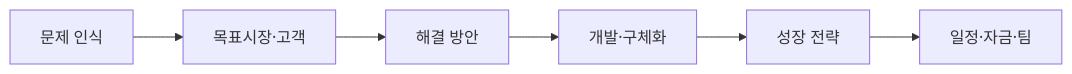
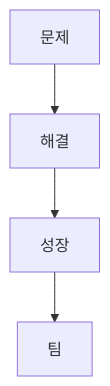
The diagram in ComputerScience/03_ai-ml-data/ai-system-design/notes/04. 팀 설계와 설계 계획서.md (umyunsang/edu), drawn with Mermaid before and after one commit. The commit also changed other lines of this file and 5 other files, not shown here.

````diff
--- a/ComputerScience/03_ai-ml-data/ai-system-design/notes/04. 팀 설계와 설계 계획서.md
+++ b/ComputerScience/03_ai-ml-data/ai-system-design/notes/04. 팀 설계와 설계 계획서.md
@@ -21,8 +26,6 @@
 ```mermaid
-flowchart LR
-    A["문제 인식"] --> B["목표시장·고객"]
-    B --> C["해결 방안"]
-    C --> D["개발·구체화"]
-    D --> E["성장 전략"]
-    E --> F["일정·자금·팀"]
+flowchart TB
+    A[문제] --> B[해결]
+    B --> C[성장]
+    C --> D[팀]
 ```
````
